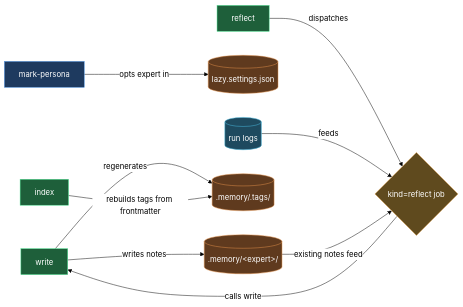
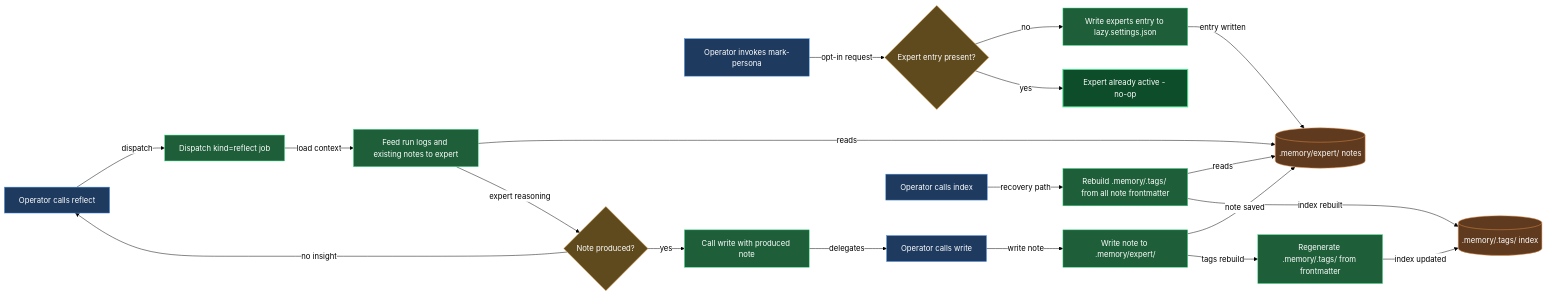
The diagram in claude/lazycortex-core/help/memory.md (mebius-san/lazy-cortex), drawn with Mermaid before and after one commit. The commit also changed other lines of this file and 23 other files, not shown here.

````diff
--- a/claude/lazycortex-core/help/memory.md
+++ b/claude/lazycortex-core/help/memory.md
@@ -58,38 +58,69 @@
 ```mermaid
 %%{init: {'themeVariables':{'background':'transparent','lineColor':'#000','textColor':'#000','edgeLabelBackground':'#fff'},'themeCSS':'.edgeLabel{background-color:transparent!important}.edgeLabel p{background-color:transparent!important}','flowchart':{'diagramPadding':5,'useMaxWidth':true}}}%%
 flowchart LR
-  markPersona[mark-persona]
-  writeSkill[write]
-  reflectSkill[reflect]
-  indexSkill[index]
-  lazySettings[("lazy.settings.json")]
-  notesStore[(".memory/&lt;expert&gt;/")]
-  tagsStore[(".memory/.tags/")]
-  runLogs[("run logs")]
-  reflectJob{kind=reflect job}
+  operatorInvokesMarkPersona[Operator invokes mark-persona]
+  expertOptedIn{Expert entry present?}
+  writeSettingsEntry[Write experts entry to lazy.settings.json]
+  expertAlreadyActive[Expert already active - no-op]
 
-  markPersona -->|opts expert in| lazySettings
-  reflectSkill -->|dispatches| reflectJob
-  runLogs -->|feeds| reflectJob
-  notesStore -->|existing notes feed| reflectJob
-  reflectJob -->|calls write| writeSkill
-  writeSkill -->|writes notes| notesStore
-  writeSkill -->|regenerates| tagsStore
-  indexSkill -->|rebuilds tags from frontmatter| tagsStore
+  operatorCallsWrite[Operator calls write]
+  writeNoteFile[Write note to .memory/expert/]
+  regenerateTags[Regenerate .memory/.tags/ from frontmatter]
+
+  operatorCallsReflect[Operator calls reflect]
+  dispatchReflectJob[Dispatch kind=reflect job]
+  feedLogsAndNotes[Feed run logs and existing notes to expert]
+  expertProducesNote{Note produced?}
+  reflectCallsWrite[Call write with produced note]
+
+  operatorCallsIndex[Operator calls index]
+  rebuildTagsFromFrontmatter[Rebuild .memory/.tags/ from all note frontmatter]
+
+  memoryNotes[(.memory/expert/ notes)]
+  memoryTags[(.memory/.tags/ index)]
+
+  operatorInvokesMarkPersona -->|opt-in request| expertOptedIn
+  expertOptedIn -->|no| writeSettingsEntry
+  expertOptedIn -->|yes| expertAlreadyActive
+  writeSettingsEntry -->|entry written| memoryNotes
+
+  operatorCallsWrite -->|write note| writeNoteFile
+  writeNoteFile -->|note saved| memoryNotes
+  writeNoteFile -->|tags rebuild| regenerateTags
+  regenerateTags -->|index updated| memoryTags
+
+  operatorCallsReflect -->|dispatch| dispatchReflectJob
+  dispatchReflectJob -->|load context| feedLogsAndNotes
+  feedLogsAndNotes -->|reads| memoryNotes
+  feedLogsAndNotes -->|expert reasoning| expertProducesNote
+  expertProducesNote -->|yes| reflectCallsWrite
+  expertProducesNote -->|no insight| operatorCallsReflect
+  reflectCallsWrite -->|delegates| operatorCallsWrite
+
+  operatorCallsIndex -->|recovery path| rebuildTagsFromFrontmatter
+  rebuildTagsFromFrontmatter -->|reads| memoryNotes
+  rebuildTagsFromFrontmatter -->|index rebuilt| memoryTags
 
   classDef entry fill:#1e3a5f,stroke:#4a90e2,color:#fff
+  classDef guard fill:#5f4a1e,stroke:#e2a14a,color:#fff
   classDef action fill:#1e5f3a,stroke:#4ae290,color:#fff
-  classDef guard fill:#5f4a1e,stroke:#e2a14a,color:#fff
+  classDef success fill:#0d4d2a,stroke:#4ae290,color:#fff,stroke-width:2px
   classDef store fill:#5f3a1e,stroke:#e2904a,color:#fff
-  classDef service fill:#1e4a5f,stroke:#4abce2,color:#fff
 
-  class markPersona entry
-  class writeSkill action
-  class reflectSkill action
-  class indexSkill action
-  class reflectJob guard
-  class lazySettings store
-  class notesStore store
-  class tagsStore store
-  class runLogs service
+  class operatorInvokesMarkPersona entry
+  class operatorCallsWrite entry
+  class operatorCallsReflect entry
+  class operatorCallsIndex entry
+  class expertOptedIn guard
+  class expertProducesNote guard
+  class writeSettingsEntry action
+  class writeNoteFile action
+  class regenerateTags action
+  class dispatchReflectJob action
+  class feedLogsAndNotes action
+  class reflectCallsWrite action
+  class rebuildTagsFromFrontmatter action
+  class expertAlreadyActive success
+  class memoryNotes store
+  class memoryTags store
 ```
````
